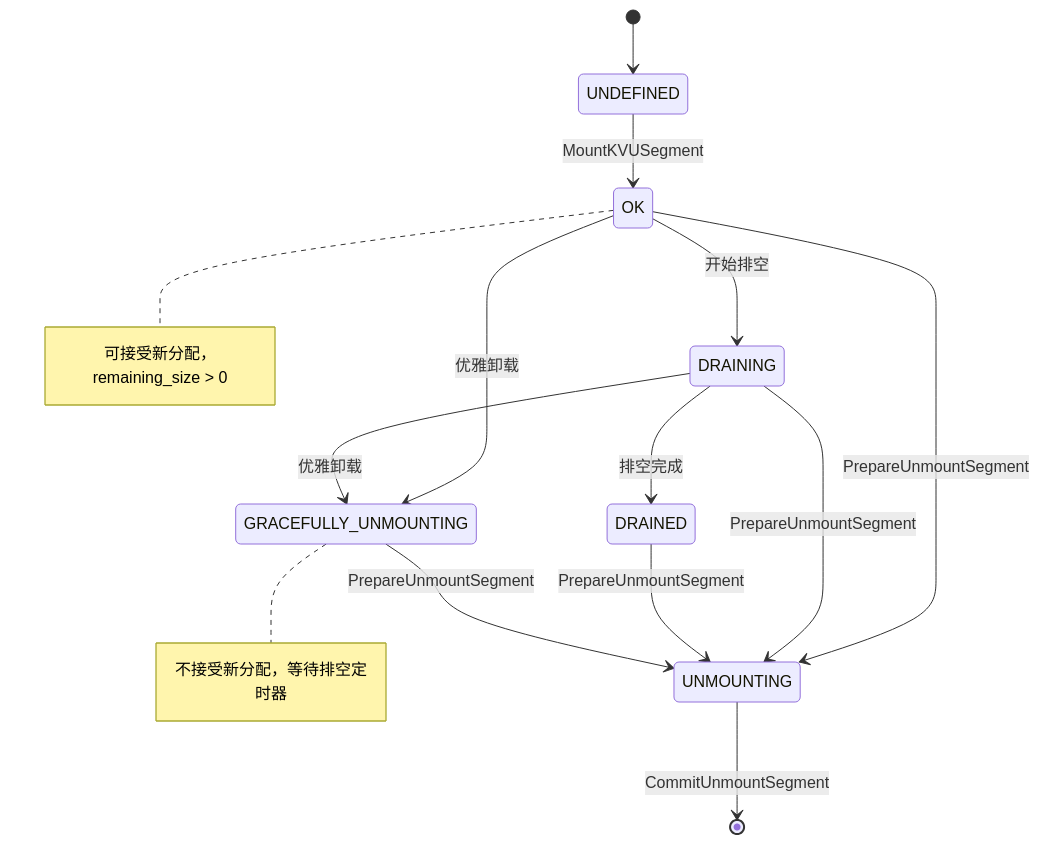
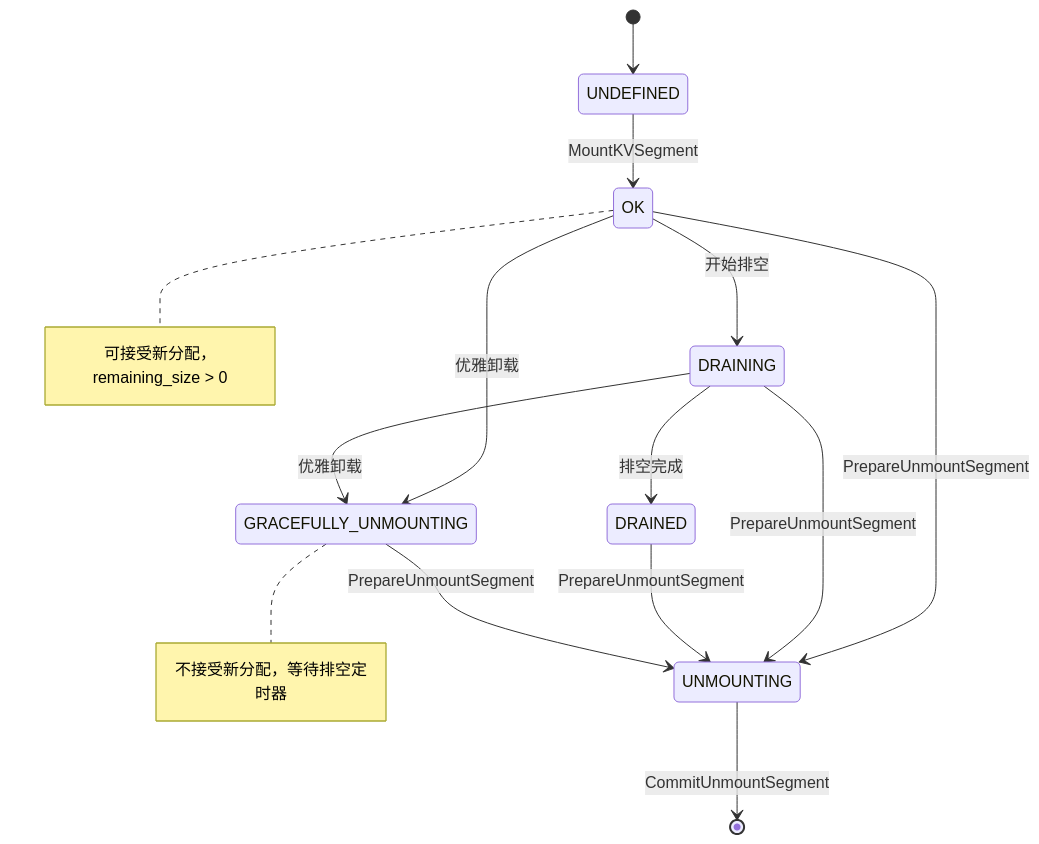
The tenth of 10 diagrams in mooncake-store/docs/KVUSegment_design.md (yz53665/Mooncake), drawn with Mermaid before and after one commit. The commit also changed other lines of this file, not shown here.

````diff
--- a/mooncake-store/docs/KVUSegment_design.md
+++ b/mooncake-store/docs/KVUSegment_design.md
@@ -389,17 +429,17 @@
 ```mermaid
 stateDiagram-v2
     [*] --> UNDEFINED
-    UNDEFINED --> OK: MountKVUSegment
+    UNDEFINED --> OK: MountKVSegment
     OK --> DRAINING: 开始排空
     DRAINING --> DRAINED: 排空完成
     OK --> GRACEFULLY_UNMOUNTING: 优雅卸载
     DRAINING --> GRACEFULLY_UNMOUNTING: 优雅卸载
     OK --> UNMOUNTING: PrepareUnmountSegment
     DRAINING --> UNMOUNTING: PrepareUnmountSegment
     DRAINED --> UNMOUNTING: PrepareUnmountSegment
     GRACEFULLY_UNMOUNTING --> UNMOUNTING: PrepareUnmountSegment
     UNMOUNTING --> [*]: CommitUnmountSegment
 
     note right of OK: 可接受新分配，remaining_size > 0
     note right of GRACEFULLY_UNMOUNTING: 不接受新分配，等待排空定时器
 ```
````
